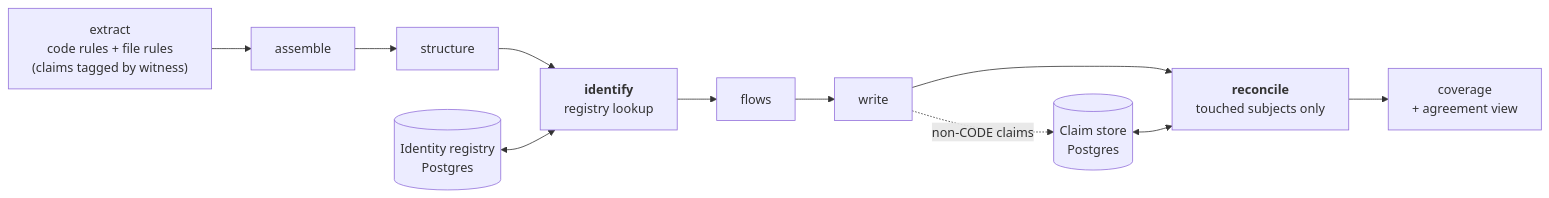
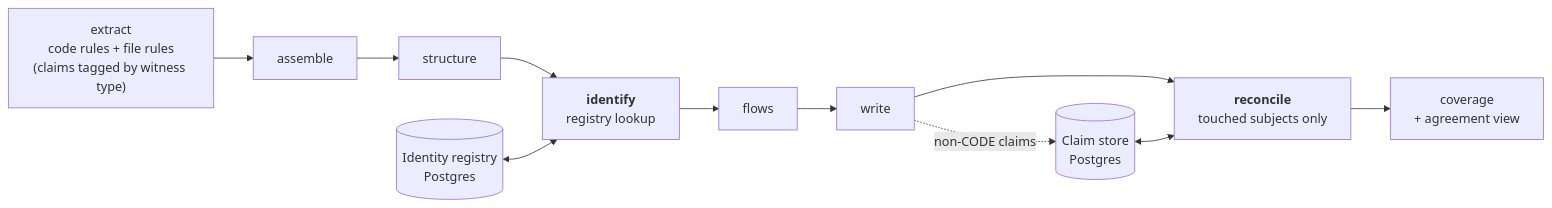
The diagram in docs/how-it-works/ingestion/identify-and-reconcile.md (KBavis/steno), drawn with Mermaid before and after one commit. The commit also changed other lines of this file and 19 other files, not shown here.

Commit message:
docs: use witness and witness type terminology instead of witness & provider (since provider is a bit laoded term)

````diff
--- a/docs/how-it-works/ingestion/identify-and-reconcile.md
+++ b/docs/how-it-works/ingestion/identify-and-reconcile.md
@@ -15,13 +15,13 @@
 ```mermaid
 flowchart LR
-    X["extract<br/>code rules + file rules<br/>(claims tagged by witness)"] --> A["assemble"]
+    X["extract<br/>code rules + file rules<br/>(claims tagged by witness type)"] --> A["assemble"]
     A --> ST["structure"]
     ST --> ID["<b>identify</b><br/>registry lookup"]
     ID --> FL["flows"]
     FL --> W["write"]
     W --> RC["<b>reconcile</b><br/>touched subjects only"]
     RC --> CV["coverage<br/>+ agreement view"]
     REG[("Identity registry<br/>Postgres")] <--> ID
     CS[("Claim store<br/>Postgres")] <--> RC
     W -. "non-CODE claims" .-> CS
 ```
````
